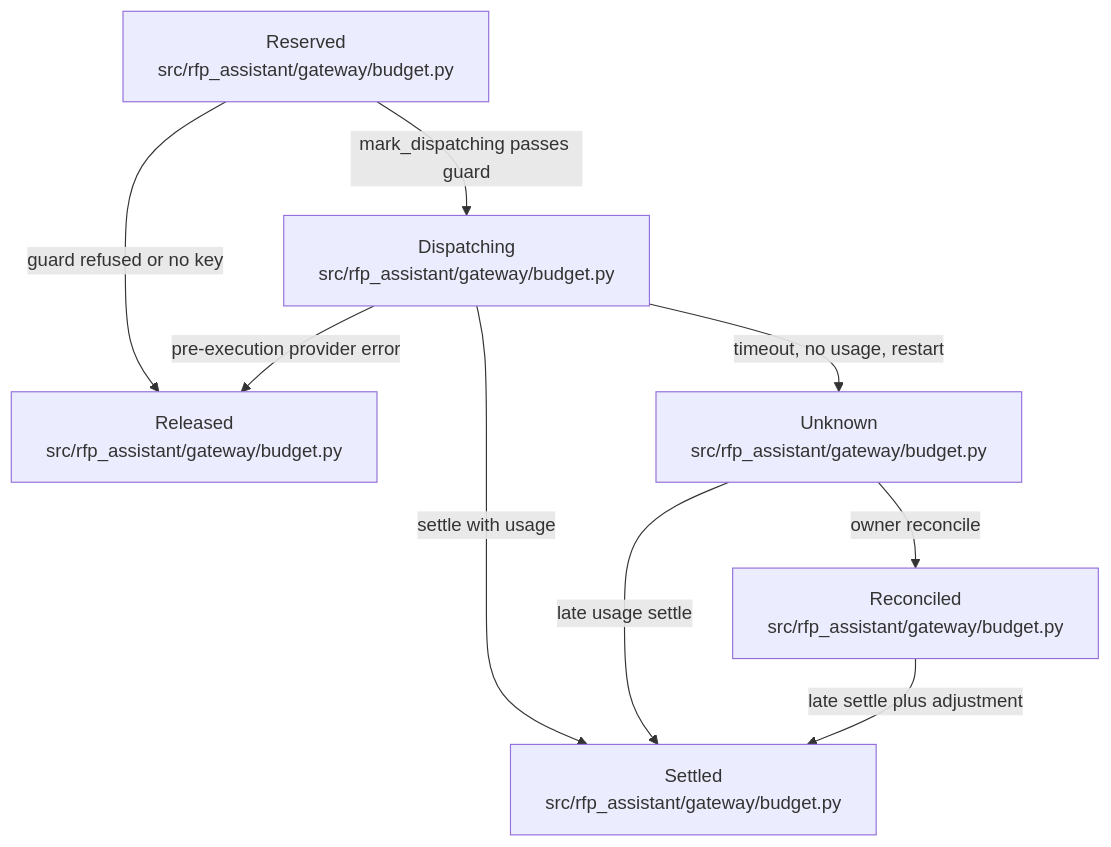
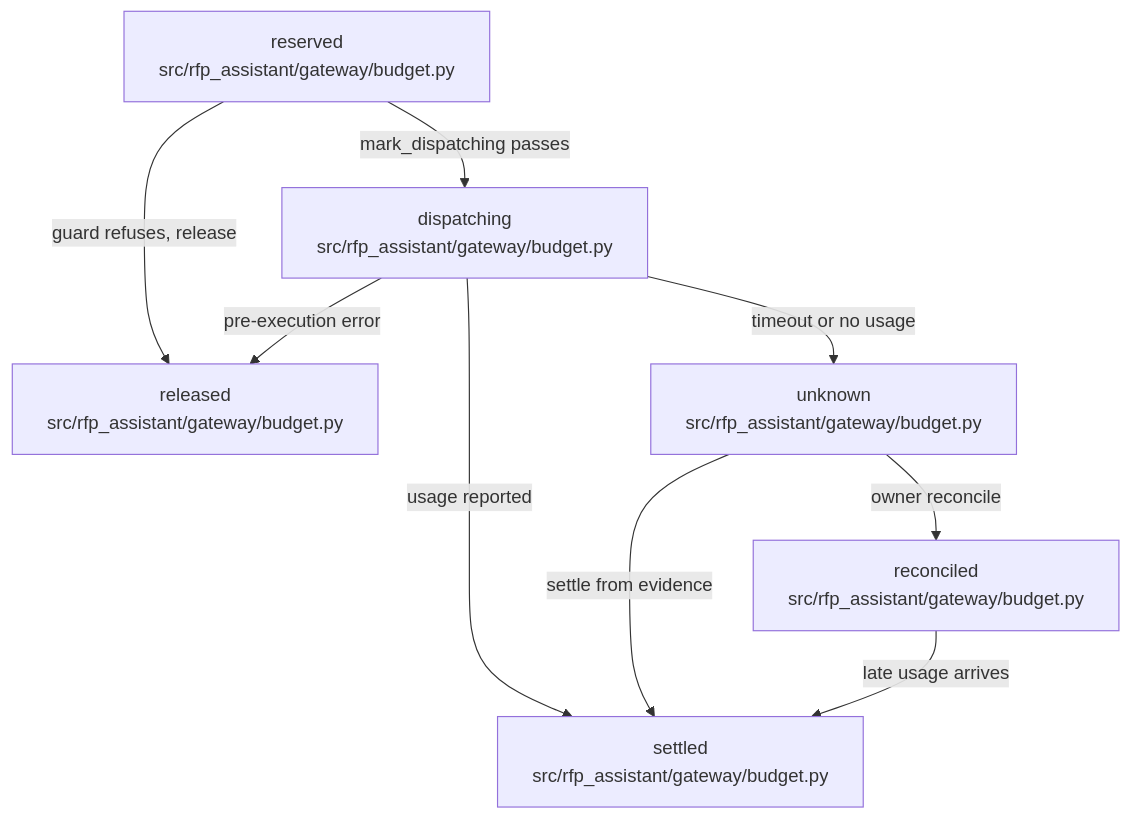
Before and after one commit to littleeeeebit/project-codeit-mid: the diagram in .omm/state-transitions/attempt-states/diagram.mmd, drawn with Mermaid. The commit also changed 384 other files, not shown here.

```diff
--- a/.omm/state-transitions/attempt-states/diagram.mmd
+++ b/.omm/state-transitions/attempt-states/diagram.mmd
@@ -1,15 +1,9 @@
 graph TD
-  reserved["Reserved\nsrc/rfp_assistant/gateway/budget.py"]
-  dispatching["Dispatching\nsrc/rfp_assistant/gateway/budget.py"]
-  settled["Settled\nsrc/rfp_assistant/gateway/budget.py"]
-  released["Released\nsrc/rfp_assistant/gateway/budget.py"]
-  unknown["Unknown\nsrc/rfp_assistant/gateway/budget.py"]
-  reconciled["Reconciled\nsrc/rfp_assistant/gateway/budget.py"]
-  reserved -->|mark_dispatching passes guard| dispatching
-  reserved -->|guard refused or no key| released
-  dispatching -->|settle with usage| settled
-  dispatching -->|pre-execution provider error| released
-  dispatching -->|timeout, no usage, restart| unknown
-  unknown -->|owner reconcile| reconciled
-  unknown -->|late usage settle| settled
-  reconciled -->|late settle plus adjustment| settled
+  reserved["reserved\nsrc/rfp_assistant/gateway/budget.py"] -->|mark_dispatching passes| dispatching["dispatching\nsrc/rfp_assistant/gateway/budget.py"]
+  reserved -->|guard refuses, release| released["released\nsrc/rfp_assistant/gateway/budget.py"]
+  dispatching -->|usage reported| settled["settled\nsrc/rfp_assistant/gateway/budget.py"]
+  dispatching -->|pre-execution error| released
+  dispatching -->|timeout or no usage| unknown["unknown\nsrc/rfp_assistant/gateway/budget.py"]
+  unknown -->|settle from evidence| settled
+  unknown -->|owner reconcile| reconciled["reconciled\nsrc/rfp_assistant/gateway/budget.py"]
+  reconciled -->|late usage arrives| settled
```
